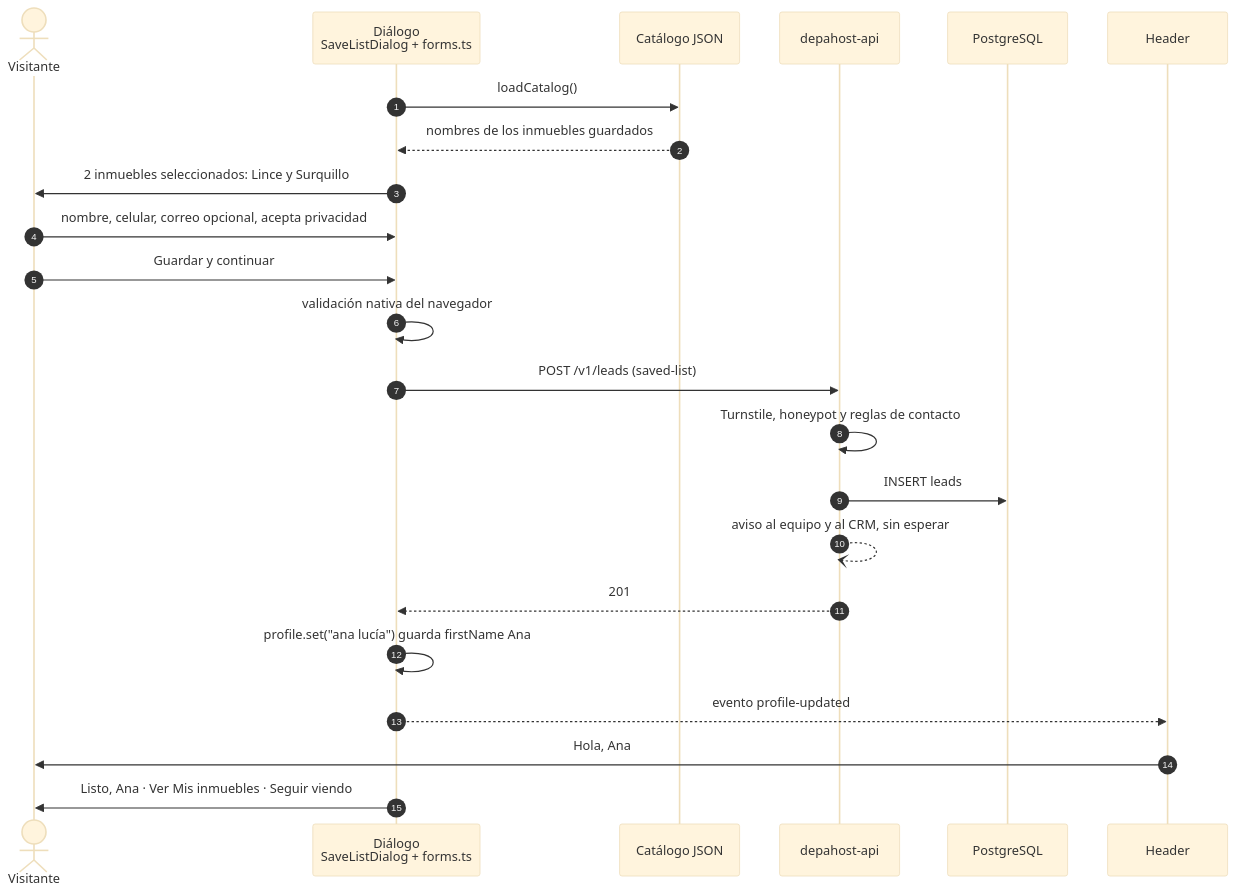
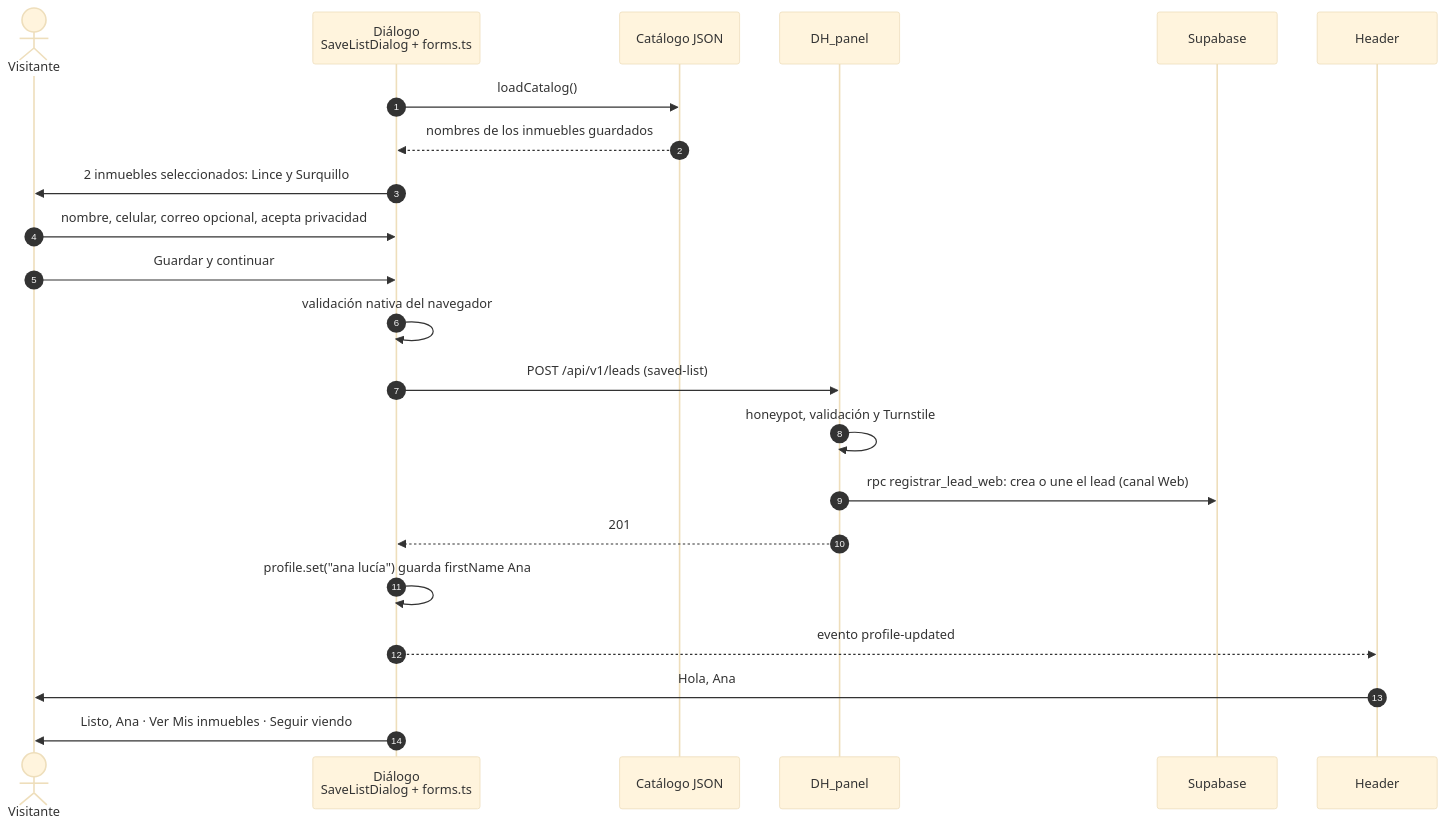
One commit to samirharrytl/DHC_landing changed the seventh of 16 diagrams in docs/plataforma/05-flujos.md. Above: the diagram before and after it, drawn with Mermaid (base theme). The commit also changed other lines of this file and 94 other files, not shown here.

````diff
--- a/docs/plataforma/05-flujos.md
+++ b/docs/plataforma/05-flujos.md
@@ -290,26 +264,25 @@
 ```mermaid
 sequenceDiagram
     autonumber
     actor V as Visitante
     participant D as Diálogo<br/>SaveListDialog + forms.ts
     participant CAT as Catálogo JSON
-    participant API as depahost-api
-    participant DB as PostgreSQL
+    participant P as DH_panel
+    participant SB as Supabase
     participant HD as Header
 
     D->>CAT: loadCatalog()
     CAT-->>D: nombres de los inmuebles guardados
     D->>V: 2 inmuebles seleccionados: Lince y Surquillo
     V->>D: nombre, celular, correo opcional, acepta privacidad
     V->>D: Guardar y continuar
     D->>D: validación nativa del navegador
-    D->>API: POST /v1/leads (saved-list)
-    API->>API: Turnstile, honeypot y reglas de contacto
-    API->>DB: INSERT leads
-    API--)API: aviso al equipo y al CRM, sin esperar
-    API-->>D: 201
+    D->>P: POST /api/v1/leads (saved-list)
+    P->>P: honeypot, validación y Turnstile
+    P->>SB: rpc registrar_lead_web: crea o une el lead (canal Web)
+    P-->>D: 201
     D->>D: profile.set("ana lucía") guarda firstName Ana
     D-->>HD: evento profile-updated
     HD->>V: Hola, Ana
     D->>V: Listo, Ana · Ver Mis inmuebles · Seguir viendo
 ```
````
